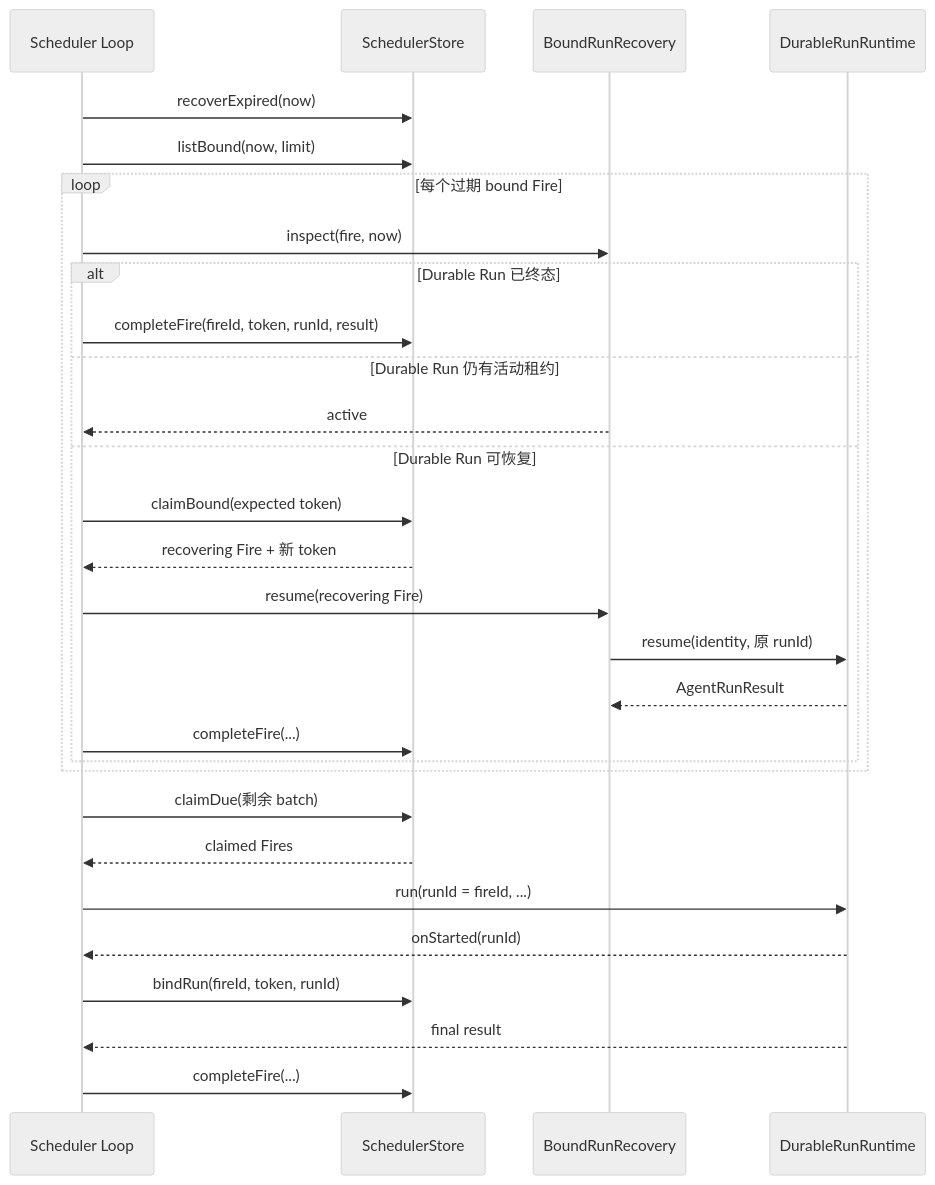
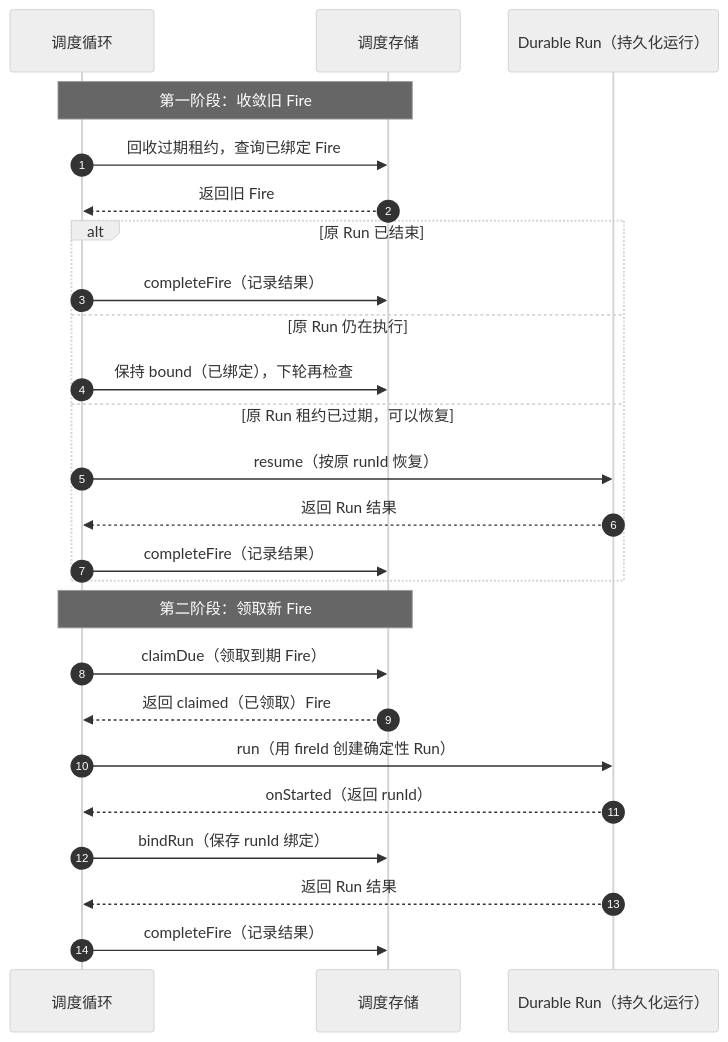
Before and after one commit to Wpxknight/agentdemo: the third of 4 diagrams in docs/design/08-scheduler.md, drawn with Mermaid (neutral theme). The commit also changed other lines of this file and 2 other files, not shown here.

Commit message:
docs: update scheduler and unified auth design

````diff
--- a/docs/design/08-scheduler.md
+++ b/docs/design/08-scheduler.md
@@ -68,32 +231,29 @@
 ```mermaid
 sequenceDiagram
-  participant L as Scheduler Loop
-  participant S as SchedulerStore
-  participant B as BoundRunRecovery
-  participant D as DurableRunRuntime
+  autonumber
+  participant L as 调度循环
+  participant S as 调度存储
+  participant R as Durable Run（持久化运行）
 
-  L->>S: recoverExpired(now)
-  L->>S: listBound(now, limit)
-  loop 每个过期 bound Fire
-    L->>B: inspect(fire, now)
-    alt Durable Run 已终态
-      L->>S: completeFire(fireId, token, runId, result)
-    else Durable Run 仍有活动租约
-      B-->>L: active
-    else Durable Run 可恢复
-      L->>S: claimBound(expected token)
-      S-->>L: recovering Fire + 新 token
-      L->>B: resume(recovering Fire)
-      B->>D: resume(identity, 原 runId)
-      D-->>B: AgentRunResult
-      L->>S: completeFire(...)
-    end
+  Note over L,S: 第一阶段：收敛旧 Fire
+  L->>S: 回收过期租约，查询已绑定 Fire
+  S-->>L: 返回旧 Fire
+  alt 原 Run 已结束
+    L->>S: completeFire（记录结果）
+  else 原 Run 仍在执行
+    L->>S: 保持 bound（已绑定），下轮再检查
+  else 原 Run 租约已过期，可以恢复
+    L->>R: resume（按原 runId 恢复）
+    R-->>L: 返回 Run 结果
+    L->>S: completeFire（记录结果）
   end
-  L->>S: claimDue(剩余 batch)
-  S-->>L: claimed Fires
-  L->>D: run(runId = fireId, ...)
-  D-->>L: onStarted(runId)
-  L->>S: bindRun(fireId, token, runId)
-  D-->>L: final result
-  L->>S: completeFire(...)
+
+  Note over L,S: 第二阶段：领取新 Fire
+  L->>S: claimDue（领取到期 Fire）
+  S-->>L: 返回 claimed（已领取）Fire
+  L->>R: run（用 fireId 创建确定性 Run）
+  R-->>L: onStarted（返回 runId）
+  L->>S: bindRun（保存 runId 绑定）
+  R-->>L: 返回 Run 结果
+  L->>S: completeFire（记录结果）
 ```
````
